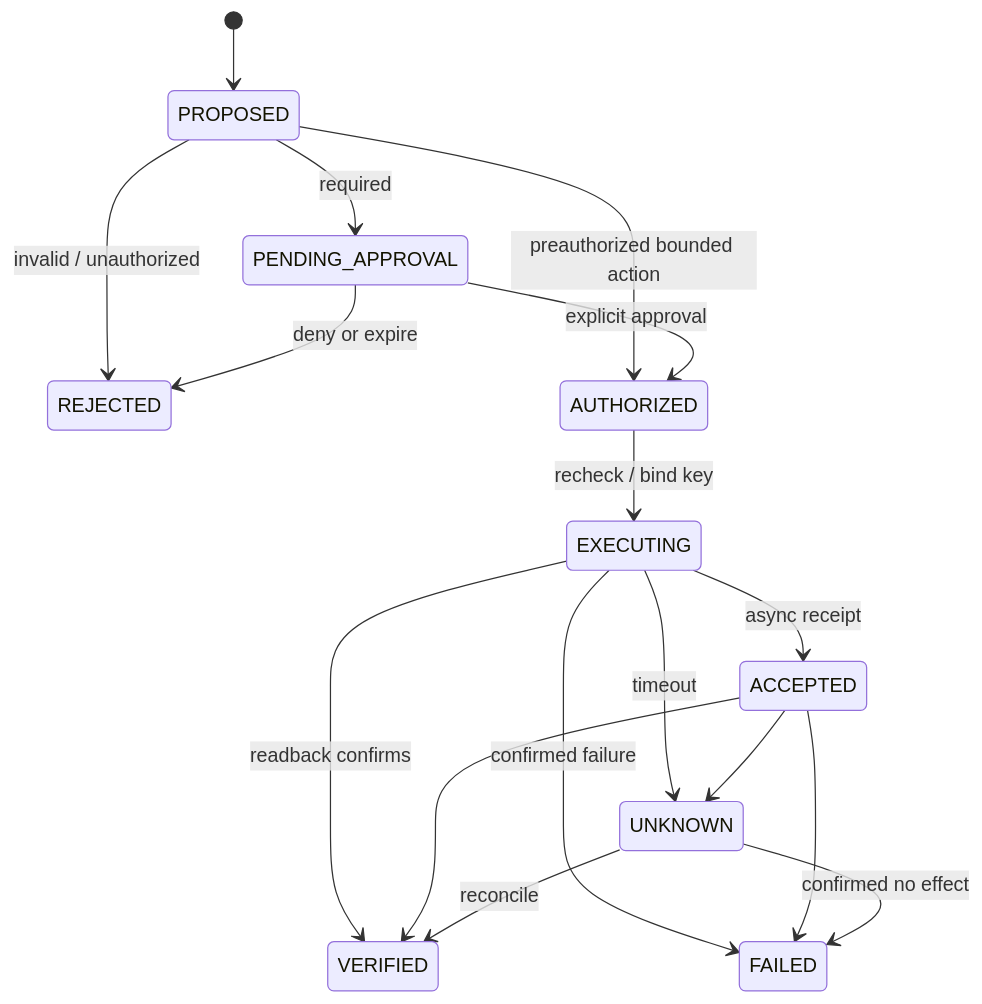
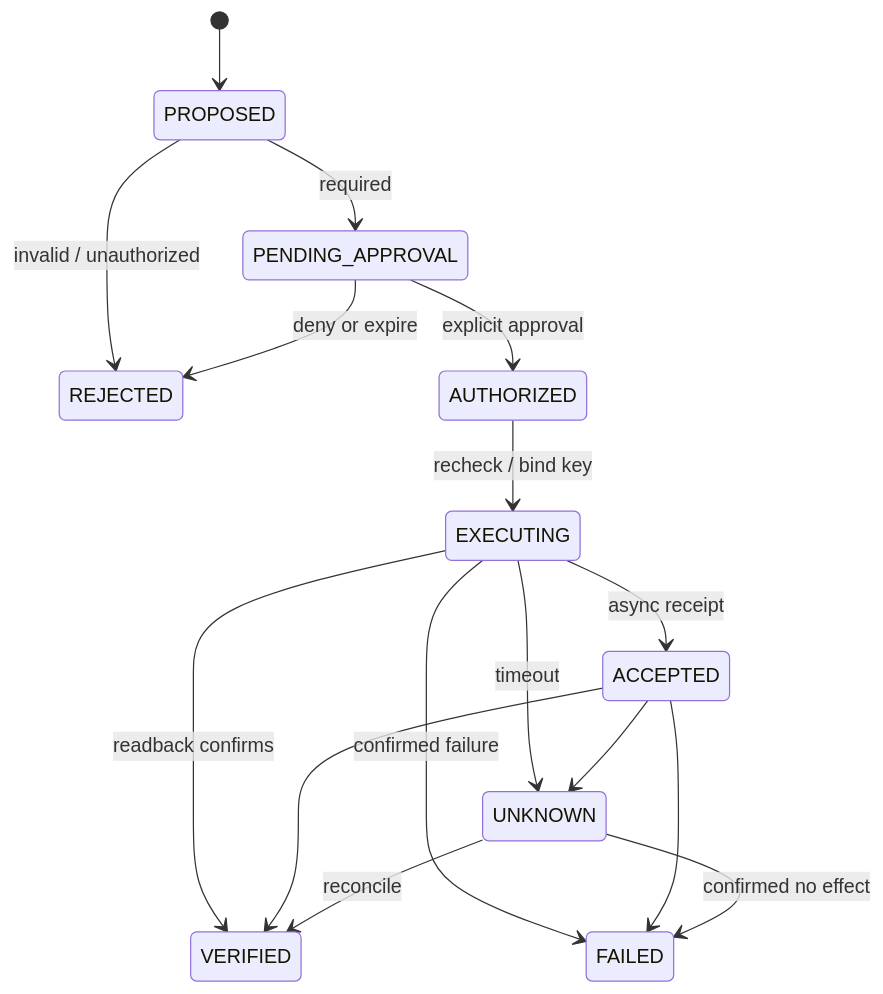
The fourth of 6 diagrams in docs/ontology-plus-teaco-spec-v0.3.md (CaiZongyuan/ontology-plus), drawn with Mermaid before and after one commit. The commit also changed other lines of this file and 3 other files, not shown here.

````diff
--- a/docs/ontology-plus-teaco-spec-v0.3.md
+++ b/docs/ontology-plus-teaco-spec-v0.3.md
@@ -766,19 +776,18 @@
 ```mermaid
 stateDiagram-v2
   [*] --> PROPOSED
   PROPOSED --> REJECTED: invalid / unauthorized
   PROPOSED --> PENDING_APPROVAL: required
-  PROPOSED --> AUTHORIZED: preauthorized bounded action
   PENDING_APPROVAL --> AUTHORIZED: explicit approval
   PENDING_APPROVAL --> REJECTED: deny or expire
   AUTHORIZED --> EXECUTING: recheck / bind key
   EXECUTING --> ACCEPTED: async receipt
   EXECUTING --> VERIFIED: readback confirms
   EXECUTING --> FAILED: confirmed failure
   EXECUTING --> UNKNOWN: timeout
   ACCEPTED --> VERIFIED
   ACCEPTED --> FAILED
   ACCEPTED --> UNKNOWN
   UNKNOWN --> VERIFIED: reconcile
   UNKNOWN --> FAILED: confirmed no effect
 ```
````
